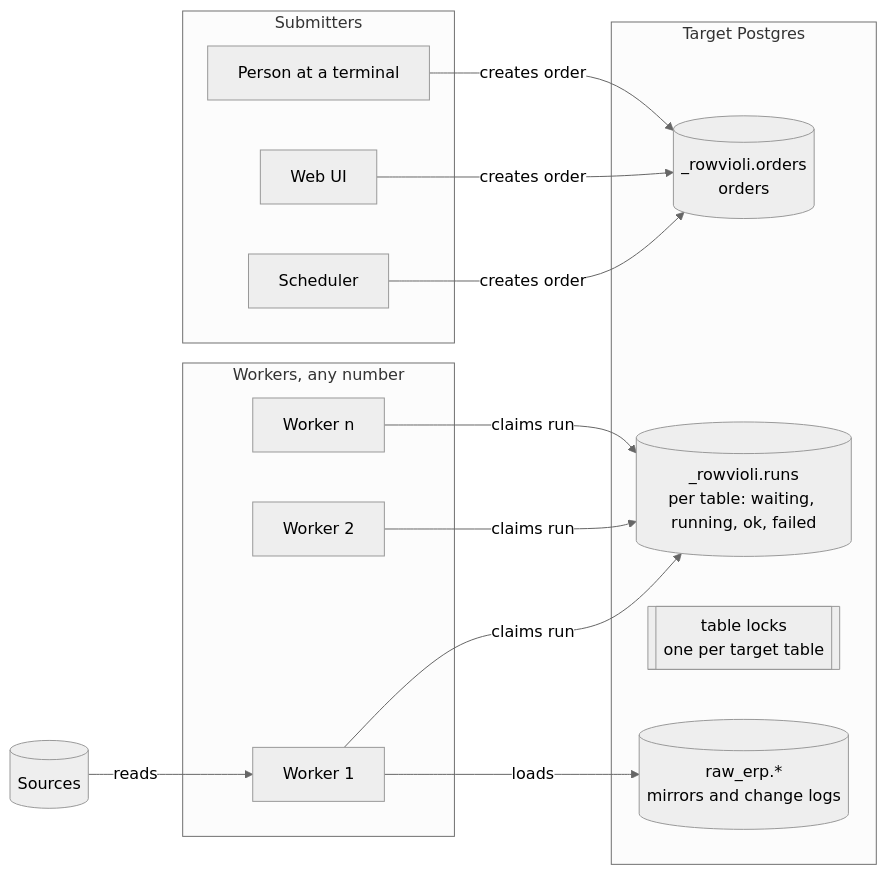
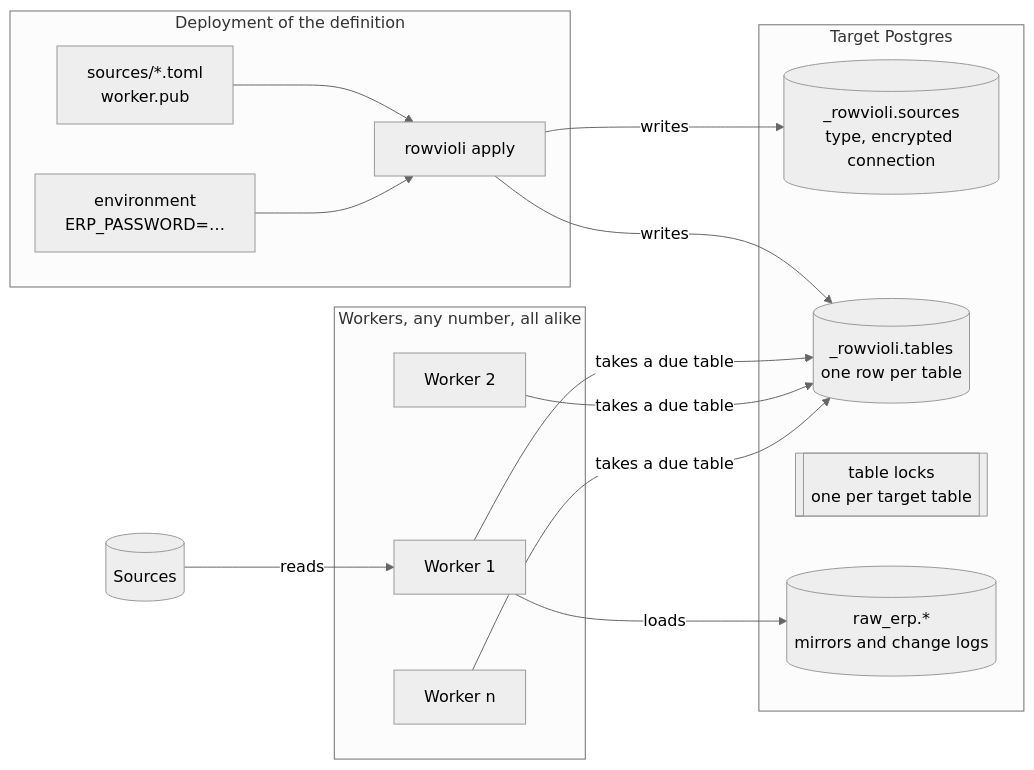
Before and after one commit to romanhaendler/rowvioli: the first of 5 diagrams in README.md, drawn with Mermaid (neutral theme). The commit also changed other lines of this file and 7 other files, not shown here.

First line of the commit message:
Replace orders and scheduler with a maximum age per table

````diff
--- a/README.md
+++ b/README.md
@@ -46,29 +83,30 @@
 ```mermaid
 flowchart LR
-    subgraph Submitters
-        S[Scheduler]
-        W[Web UI]
-        M[Person at a terminal]
+    subgraph Deploy[Deployment of the definition]
+        D["sources/*.toml<br/>worker.pub"]
+        E["environment<br/>ERP_PASSWORD=…"]
+        A[rowvioli apply]
     end
     subgraph PG[Target Postgres]
-        O[("_rowvioli.orders<br/>orders")]
-        R[("_rowvioli.runs<br/>per table: waiting, running, ok, failed")]
+        S[("_rowvioli.sources<br/>type, encrypted connection")]
+        T[("_rowvioli.tables<br/>one row per table")]
         L[["table locks<br/>one per target table"]]
-        D[("raw_erp.*<br/>mirrors and change logs")]
+        M[("raw_erp.*<br/>mirrors and change logs")]
     end
-    subgraph Workers[Workers, any number]
+    subgraph Workers[Workers, any number, all alike]
         W1[Worker 1]
         W2[Worker 2]
         Wn[Worker n]
     end
     Q[(Sources)]
 
-    S -->|creates order| O
-    W -->|creates order| O
-    M -->|creates order| O
-    W1 -->|claims run| R
-    W2 -->|claims run| R
-    Wn -->|claims run| R
+    D --> A
+    E --> A
+    A -->|writes| S
+    A -->|writes| T
+    W1 -->|takes a due table| T
+    W2 -->|takes a due table| T
+    Wn -->|takes a due table| T
     Q -->|reads| W1
-    W1 -->|loads| D
+    W1 -->|loads| M
 ```
````
